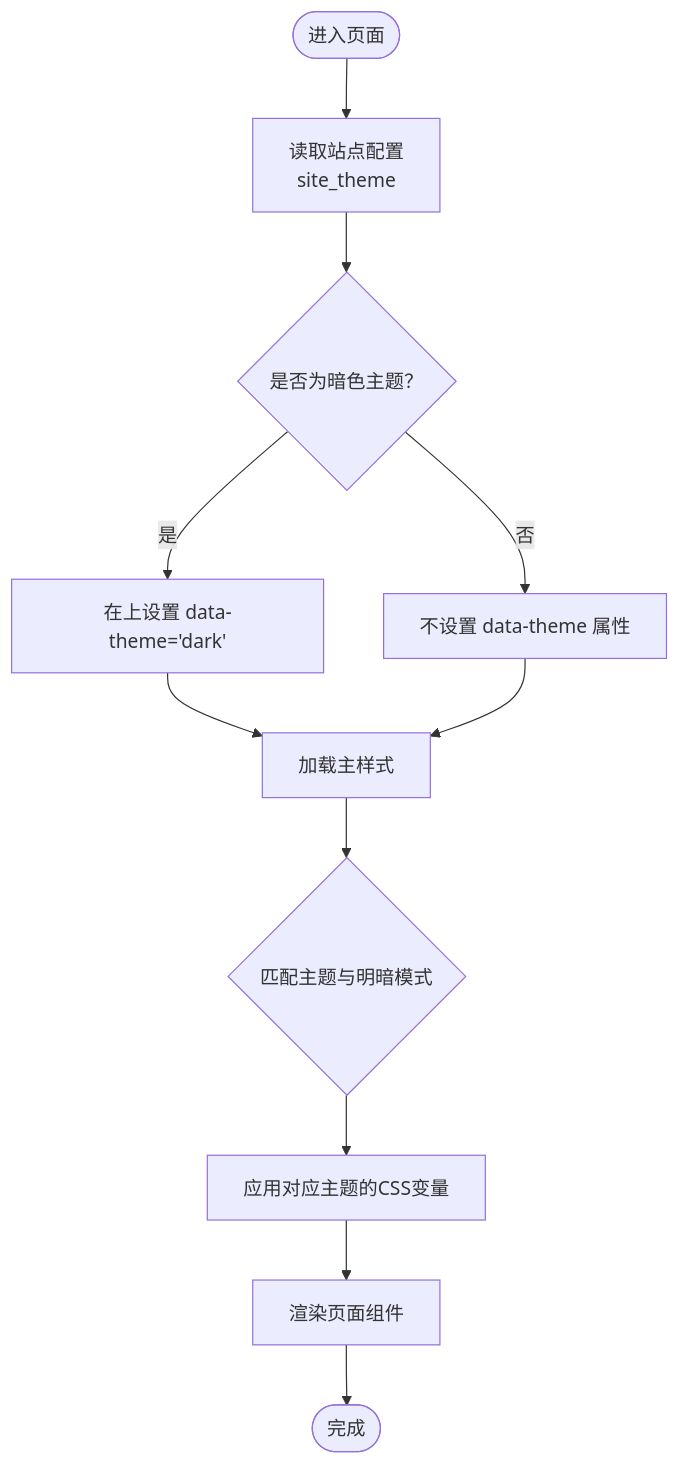
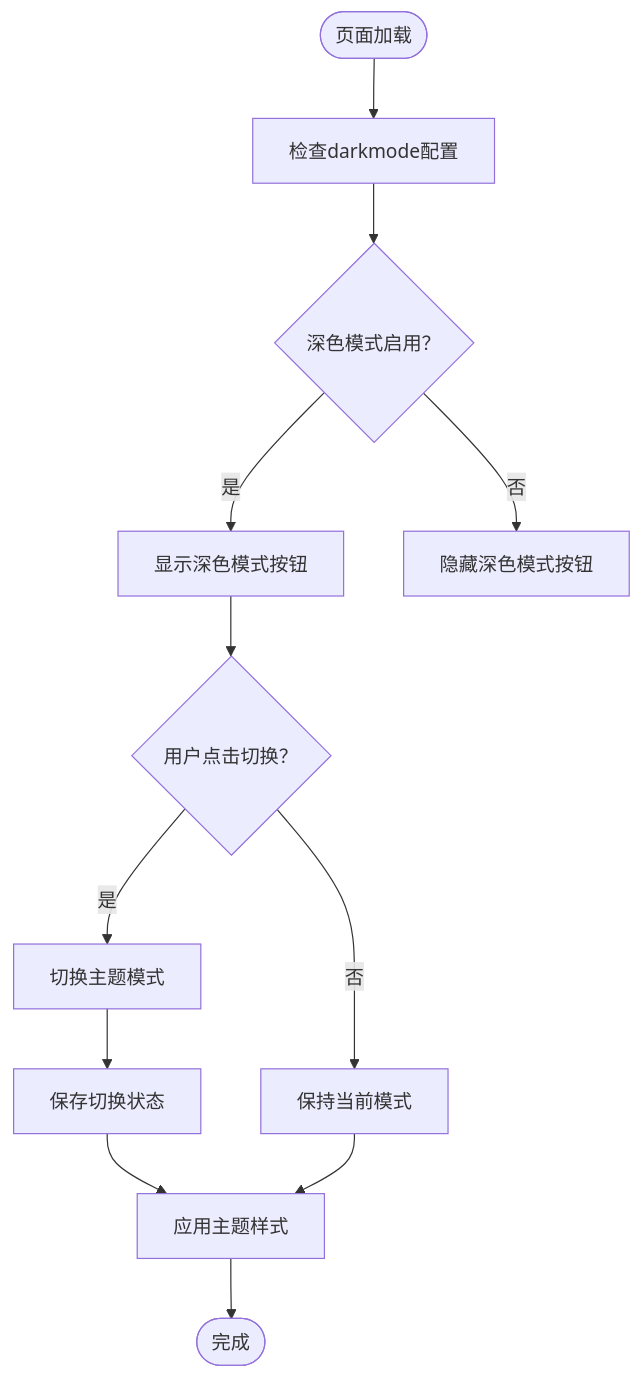
The third of 4 diagrams in .qoder/repowiki/zh/content/项目概述/核心功能特性/主题系统.md (CoolPig0720/CoolPig0720.github.io), drawn with Mermaid before and after one commit. The commit also changed other lines of this file and 36 other files, not shown here.

````diff
--- a/.qoder/repowiki/zh/content/项目概述/核心功能特性/主题系统.md
+++ b/.qoder/repowiki/zh/content/项目概述/核心功能特性/主题系统.md
@@ -182,13 +120,14 @@
 ```mermaid
 flowchart TD
-Start(["进入页面"]) --> ReadCfg["读取站点配置<br/>site_theme"]
-ReadCfg --> ApplyAttr{"是否为暗色主题？"}
-ApplyAttr --> |是| SetDark["在<html>上设置 data-theme='dark'"]
-ApplyAttr --> |否| NoDark["不设置 data-theme 属性"]
-SetDark --> LoadCSS["加载主样式"]
-NoDark --> LoadCSS
-LoadCSS --> ThemeMatch{"匹配主题与明暗模式"}
-ThemeMatch --> VarMap["应用对应主题的CSS变量"]
-VarMap --> Render["渲染页面组件"]
-Render --> End(["完成"])
+Start(["页面加载"]) --> CheckConfig["检查darkmode配置"]
+CheckConfig --> Enable{"深色模式启用？"}
+Enable --> |是| ShowButton["显示深色模式按钮"]
+Enable --> |否| HideButton["隐藏深色模式按钮"]
+ShowButton --> UserClick{"用户点击切换？"}
+UserClick --> |是| ToggleMode["切换主题模式"]
+UserClick --> |否| KeepCurrent["保持当前模式"]
+ToggleMode --> SaveState["保存切换状态"]
+SaveState --> ApplyTheme["应用主题样式"]
+KeepCurrent --> ApplyTheme
+ApplyTheme --> End(["完成"])
 ```
````
